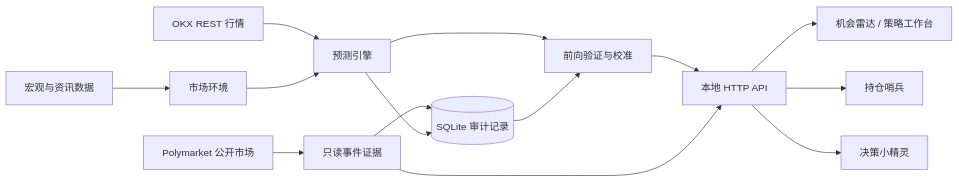
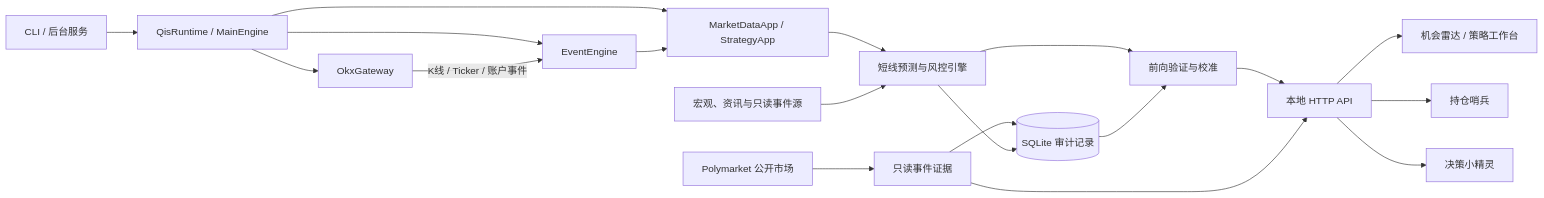
The diagram in README.zh-CN.md (xietingwei/okx-semi-auto-quant), drawn with Mermaid before and after one commit. The commit also changed other lines of this file and 23 other files, not shown here.

````diff
--- a/README.zh-CN.md
+++ b/README.zh-CN.md
@@ -115,16 +115,21 @@
 ```mermaid
 flowchart LR
-    OKX["OKX REST 行情"] --> Engine["预测引擎"]
-    Macro["宏观与资讯数据"] --> Factors["市场环境"]
-    Factors --> Engine
+    CLI["CLI / 后台服务"] --> Main["QisRuntime / MainEngine"]
+    Main --> Bus["EventEngine"]
+    Main --> OKX["OkxGateway"]
+    Main --> Apps["MarketDataApp / StrategyApp"]
+    OKX -->|"K线 / Ticker / 账户事件"| Bus
+    Bus --> Apps
+    Apps --> Engine["短线预测与风控引擎"]
+    Macro["宏观、资讯与只读事件源"] --> Engine
     Engine --> Cal["前向验证与校准"]
     Cal --> API["本地 HTTP API"]
     PM["Polymarket 公开市场"] --> Evidence["只读事件证据"]
     Evidence --> API
     Evidence --> DB
     API --> UI["机会雷达 / 策略工作台"]
     API --> Sentinel["持仓哨兵"]
     API --> Copilot["决策小精灵"]
     Engine --> DB[("SQLite 审计记录")]
     DB --> Cal
 ```
````
